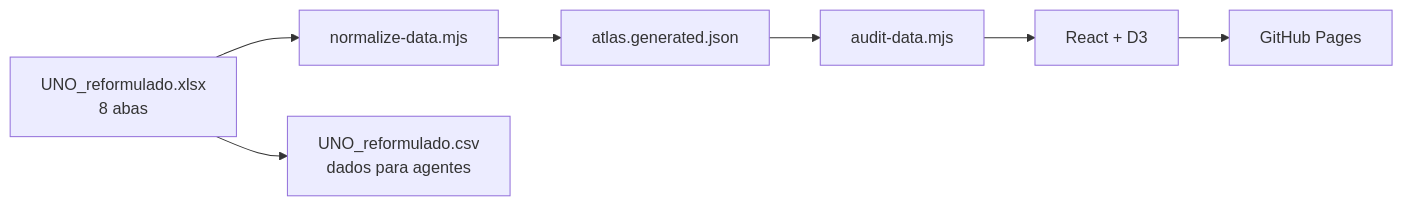
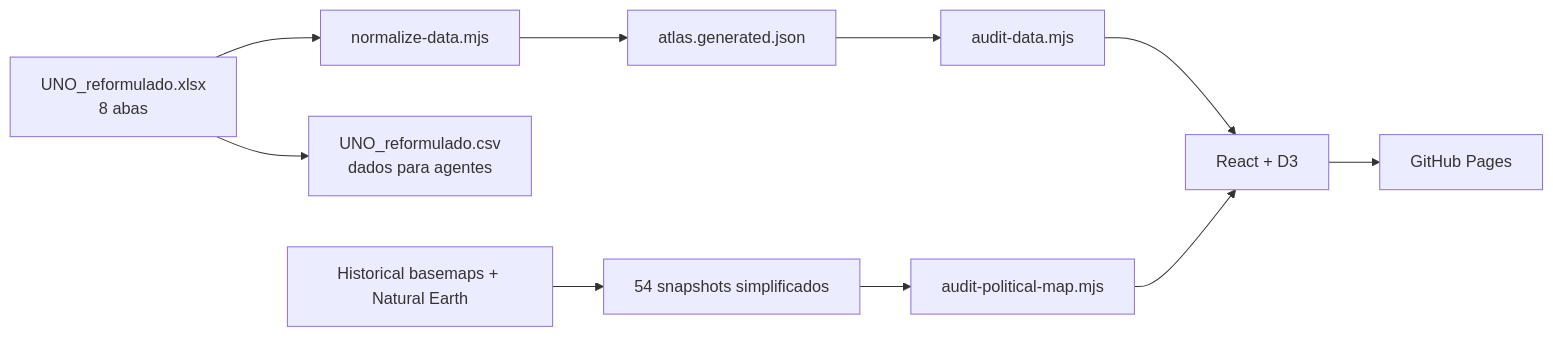
One commit to Mreaggle/religiomundi changed the diagram in README.md. Above: the diagram before and after it, drawn with Mermaid. The commit also changed other lines of this file and 82 other files, not shown here.

First line of the commit message:
Add temporal polities, full lineage tree, and religion charts

````diff
--- a/README.md
+++ b/README.md
@@ -84,9 +107,12 @@
 ```mermaid
 flowchart LR
   XLSX["UNO_reformulado.xlsx<br>8 abas"] --> NORMALIZE["normalize-data.mjs"]
   NORMALIZE --> JSON["atlas.generated.json"]
   XLSX --> CSV["UNO_reformulado.csv<br>dados para agentes"]
   JSON --> AUDIT["audit-data.mjs"]
+  MAPS["Historical basemaps + Natural Earth"] --> POLITIES["54 snapshots simplificados"]
+  POLITIES --> MAPAUDIT["audit-political-map.mjs"]
   AUDIT --> APP["React + D3"]
+  MAPAUDIT --> APP
   APP --> PAGES["GitHub Pages"]
 ```
````
